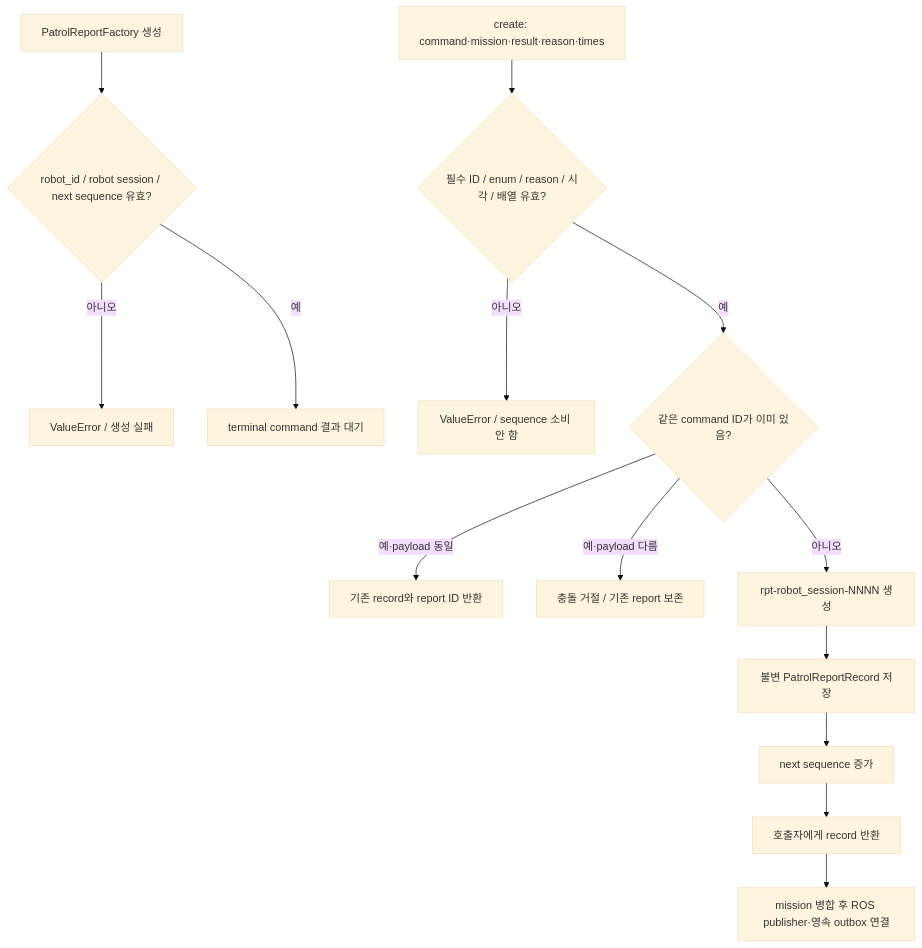
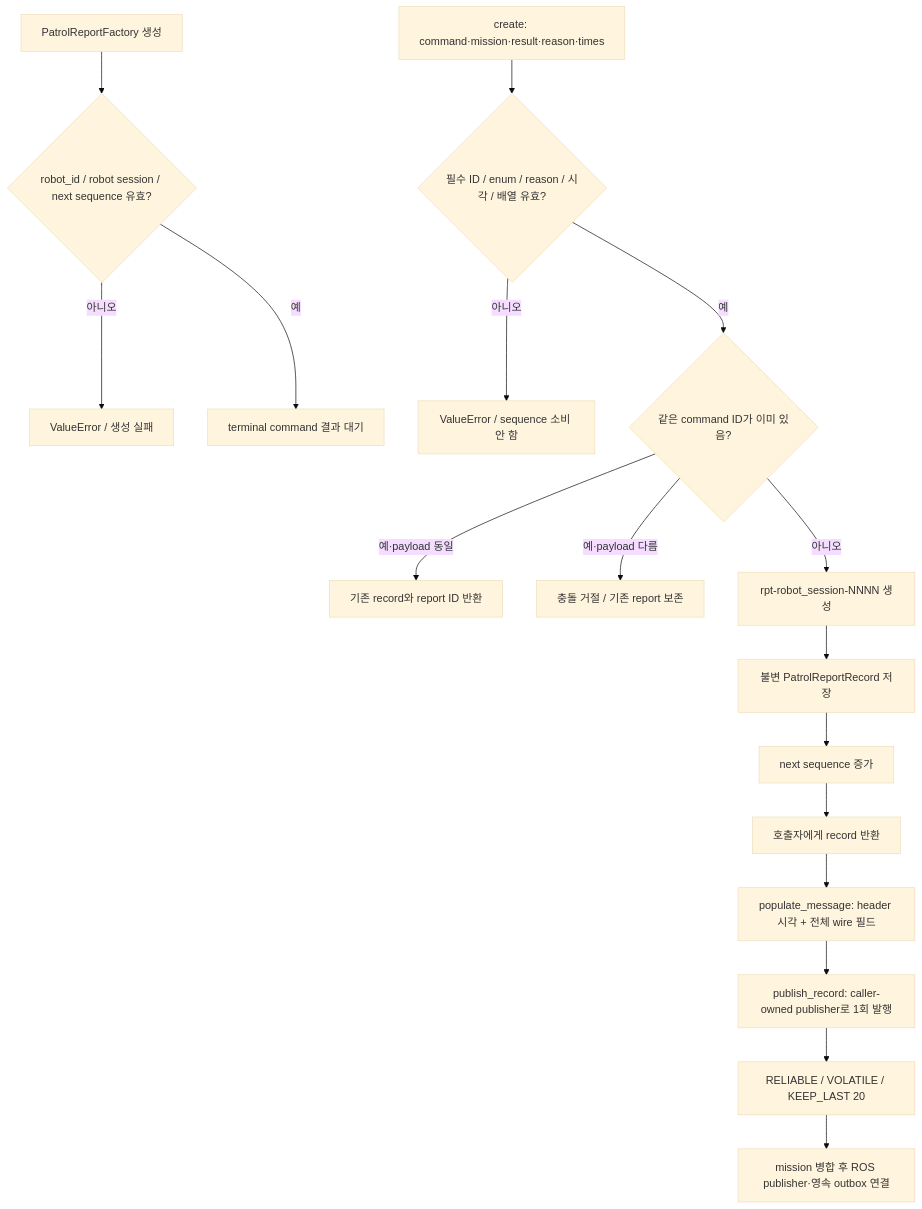
Before and after one commit to suuuhululu/patrol: diagram 12 of 12 in docs/amr.md, drawn with Mermaid (base theme). The commit also changed other lines of this file and 21 other files, not shown here.

```diff
--- a/docs/amr.md
+++ b/docs/amr.md
@@ -550,16 +618,19 @@
 ~~~mermaid
 flowchart TD
     START[PatrolReportFactory 생성] --> CFG{robot_id / robot session / next sequence 유효?}
     CFG -->|아니오| FAIL[ValueError / 생성 실패]
     CFG -->|예| WAIT[terminal command 결과 대기]
     INPUT[create: command·mission·result·reason·times] --> VALIDATE{필수 ID / enum / reason / 시각 / 배열 유효?}
     VALIDATE -->|아니오| REJECT[ValueError / sequence 소비 안 함]
     VALIDATE -->|예| DUP{같은 command ID가 이미 있음?}
     DUP -->|예·payload 동일| REUSE[기존 record와 report ID 반환]
     DUP -->|예·payload 다름| CONFLICT[충돌 거절 / 기존 report 보존]
     DUP -->|아니오| ID[rpt-robot_session-NNNN 생성]
     ID --> RECORD[불변 PatrolReportRecord 저장]
     RECORD --> NEXT[next sequence 증가]
     NEXT --> RETURN[호출자에게 record 반환]
-    RETURN --> PENDING[mission 병합 후 ROS publisher·영속 outbox 연결]
+    RETURN --> MAP[populate_message: header 시각 + 전체 wire 필드]
+    MAP --> EMIT[publish_record: caller-owned publisher로 1회 발행]
+    EMIT --> QOS[RELIABLE / VOLATILE / KEEP_LAST 20]
+    QOS --> PENDING[mission 병합 후 ROS publisher·영속 outbox 연결]
 ~~~
```
